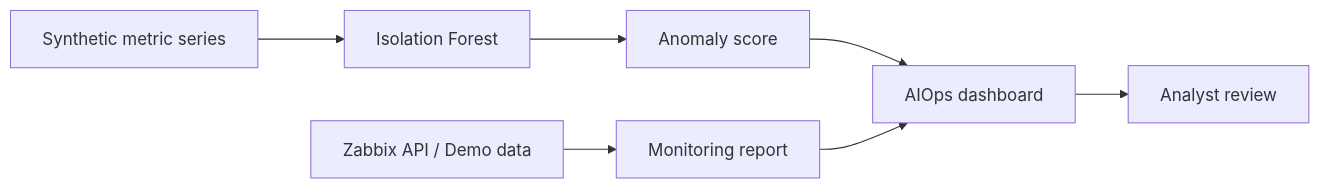
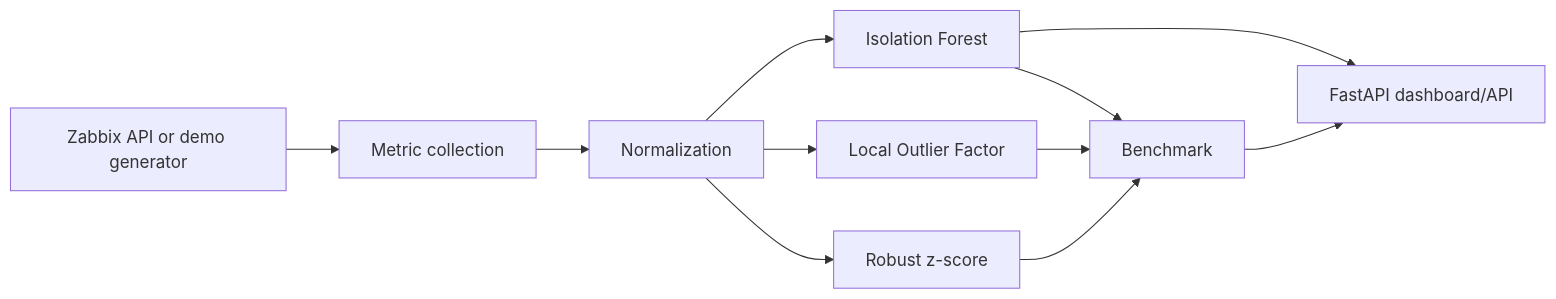
Before and after one commit to Clebin0/zabbix-automation-lab: the diagram in docs/ARCHITECTURE.md, drawn with Mermaid. The commit also changed other lines of this file, not shown here.

Commit message:
docs: expand AIOps architecture

````diff
--- a/docs/ARCHITECTURE.md
+++ b/docs/ARCHITECTURE.md
@@ -3,9 +9,13 @@
 ```mermaid
 flowchart LR
-    A[Zabbix API / Demo data] --> B[Monitoring report]
-    C[Synthetic metric series] --> D[Isolation Forest]
-    D --> E[Anomaly score]
-    E --> F[AIOps dashboard]
-    B --> F
-    F --> G[Analyst review]
+    A[Zabbix API or demo generator] --> B[Metric collection]
+    B --> C[Normalization]
+    C --> D[Isolation Forest]
+    C --> E[Local Outlier Factor]
+    C --> F[Robust z-score]
+    D --> G[Benchmark]
+    E --> G
+    F --> G
+    D --> H[FastAPI dashboard/API]
+    G --> H
 ```
````
